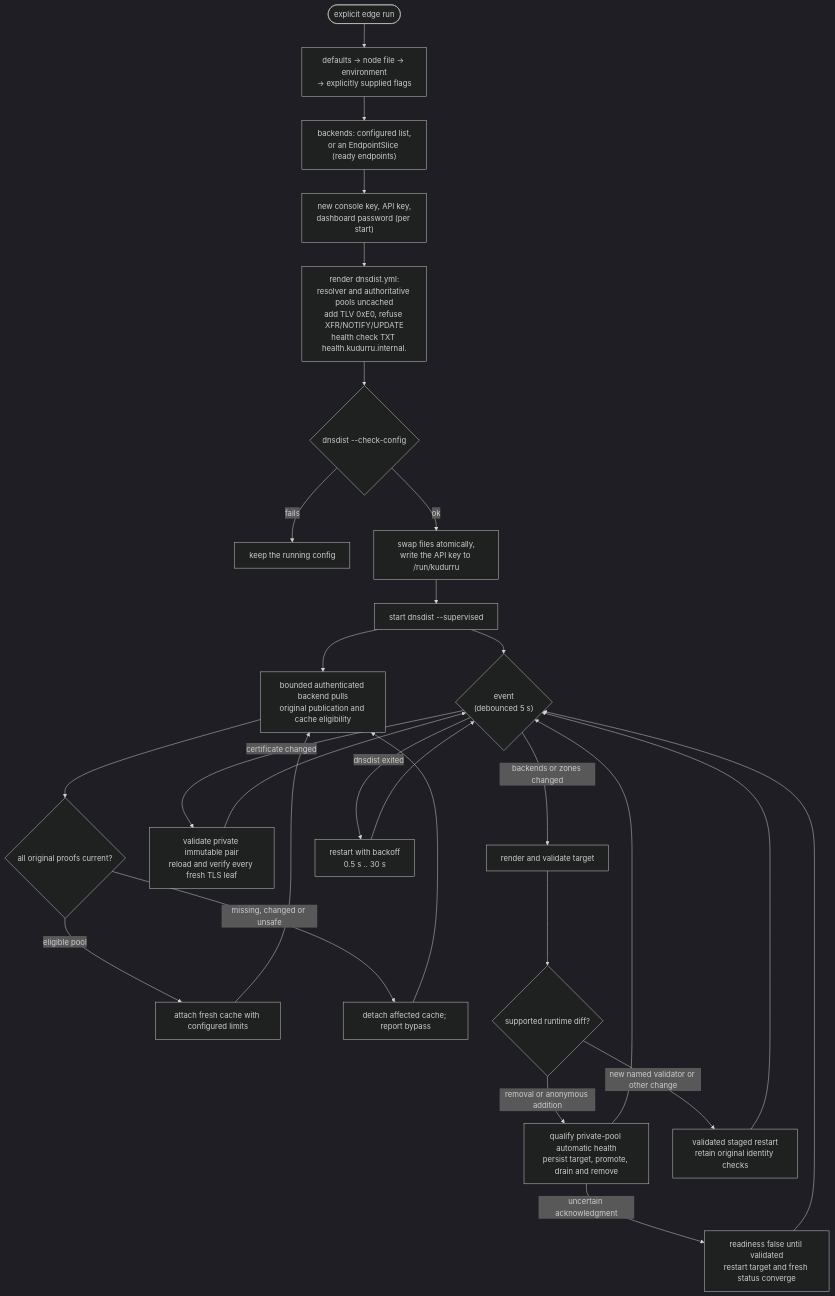
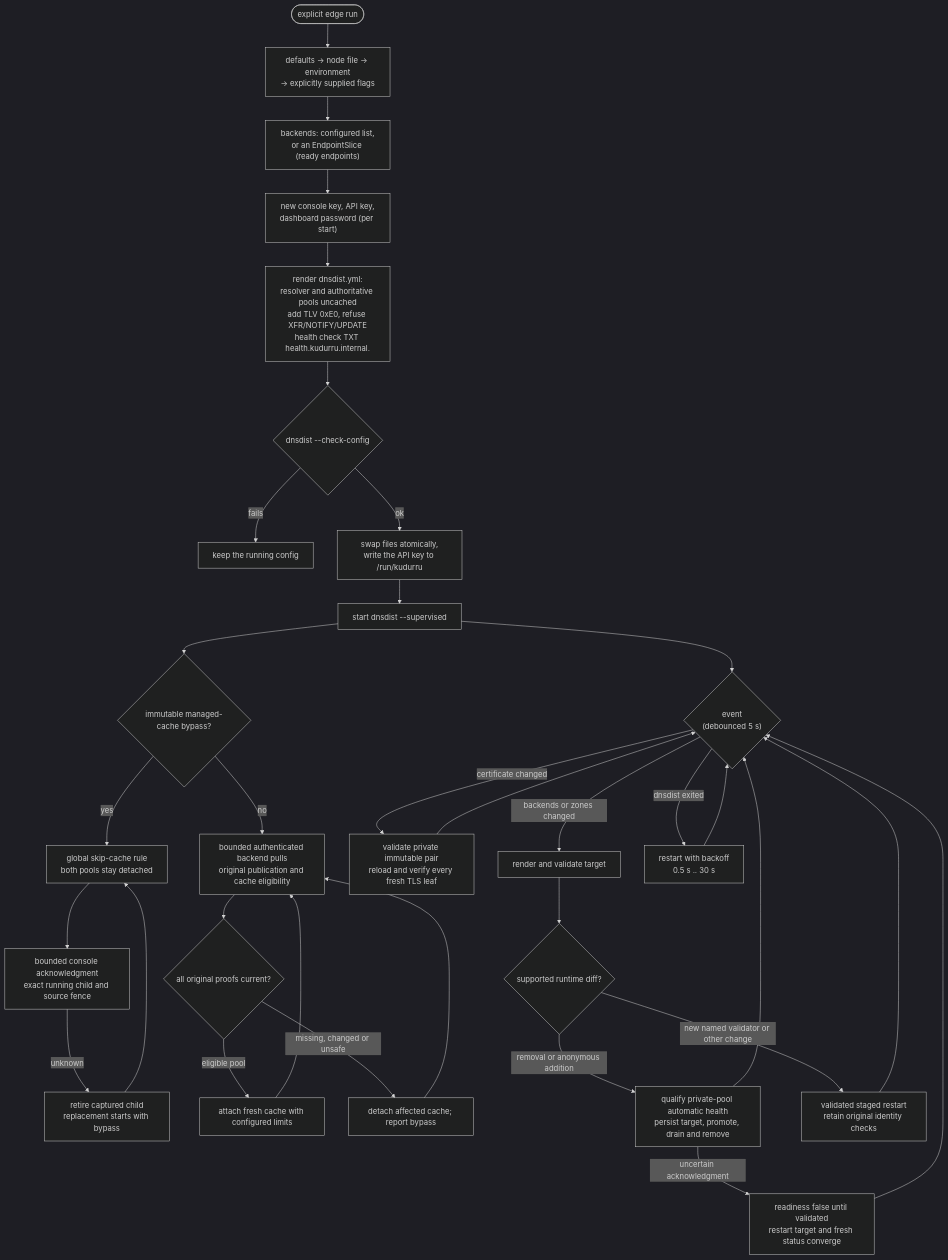
Before and after one commit to robertherbaugh/kudurru: the first of 3 diagrams in docs/architecture/deployment.md, drawn with Mermaid (dark theme). The commit also changed other lines of this file and 21 other files, not shown here.

Commit message:
feat(edge): enforce installed managed cache bypass

````diff
--- a/docs/architecture/deployment.md
+++ b/docs/architecture/deployment.md
@@ -133,30 +133,35 @@
 ```mermaid
 flowchart TD
     START(["explicit edge run"]) --> HOST["defaults → node file → environment<br/>→ explicitly supplied flags"]
     HOST --> MEM["backends: configured list,<br/>or an EndpointSlice (ready endpoints)"]
     MEM --> CRED["new console key, API key,<br/>dashboard password (per start)"]
     CRED --> REN["render dnsdist.yml:<br/>resolver and authoritative pools uncached<br/>add TLV 0xE0, refuse XFR/NOTIFY/UPDATE<br/>health check TXT health.kudurru.internal."]
     REN --> CHK{"dnsdist --check-config"}
     CHK -- "fails" --> KEEP["keep the running config"]
     CHK -- "ok" --> SWAP["swap files atomically,<br/>write the API key to /run/kudurru"]
     SWAP --> EXEC["start dnsdist --supervised"]
     EXEC --> LOOP{"event<br/>(debounced 5 s)"}
-    EXEC --> PULL["bounded authenticated backend pulls<br/>original publication and cache eligibility"]
+    EXEC --> MODE{"immutable managed-cache bypass?"}
+    MODE -- "no" --> PULL["bounded authenticated backend pulls<br/>original publication and cache eligibility"]
+    MODE -- "yes" --> FIXED["global skip-cache rule<br/>both pools stay detached"]
+    FIXED --> ACK["bounded console acknowledgment<br/>exact running child and source fence"]
+    ACK -- "unknown" --> RETIRE["retire captured child<br/>replacement starts with bypass"]
+    RETIRE --> FIXED
     PULL --> CACHE{"all original proofs current?"}
     CACHE -- "eligible pool" --> FRESH["attach fresh cache with configured limits"]
     CACHE -- "missing, changed or unsafe" --> BYPASS["detach affected cache; report bypass"]
     FRESH --> PULL
     BYPASS --> PULL
     LOOP -- "certificate changed" --> TLS["validate private immutable pair<br/>reload and verify every fresh TLS leaf"]
     TLS --> LOOP
     LOOP -- "backends or zones changed" --> REN2["render and validate target"]
     REN2 --> DIFF{"supported runtime diff?"}
     DIFF -- "removal or anonymous addition" --> APPLY["qualify private-pool automatic health<br/>persist target, promote, drain and remove"]
     APPLY --> LOOP
     DIFF -- "new named validator or other change" --> RST["validated staged restart<br/>retain original identity checks"]
     RST --> LOOP
     APPLY -- "uncertain acknowledgment" --> RECOVER["readiness false until validated<br/>restart target and fresh status converge"]
     RECOVER --> LOOP
     LOOP -- "dnsdist exited" --> BO["restart with backoff<br/>0.5 s .. 30 s"]
     BO --> LOOP
 ```
````
